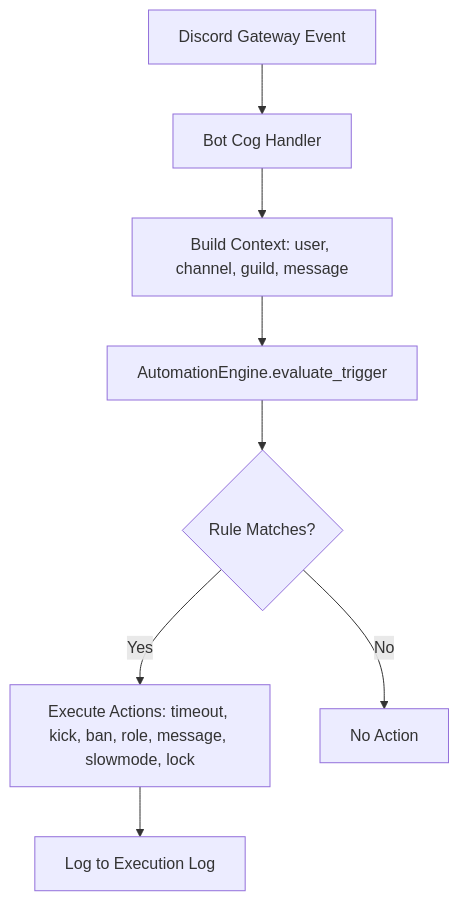
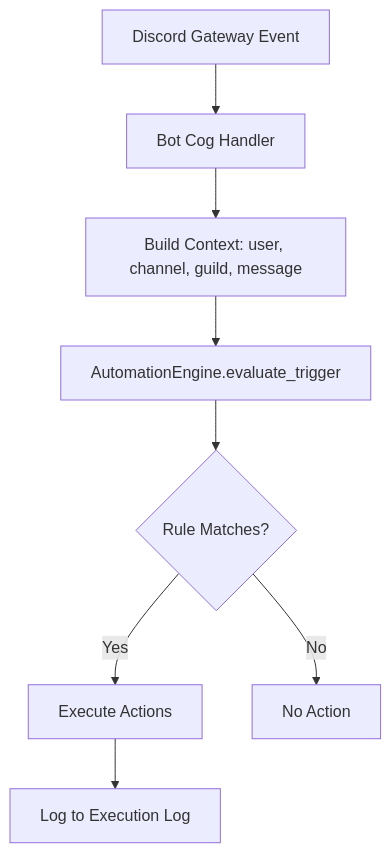
One commit to Cyril-47/Aegis-Suite changed the fourth of 6 diagrams in README.md. Above: the diagram before and after it, drawn with Mermaid. The commit also changed other lines of this file, not shown here.

````diff
--- a/README.md
+++ b/README.md
@@ -131,10 +154,10 @@
 ```mermaid
 flowchart TD
     DiscordEvent[Discord Gateway Event] --> BotCog[Bot Cog Handler]
     BotCog --> Context[Build Context: user, channel, guild, message]
     Context --> Engine[AutomationEngine.evaluate_trigger]
     Engine --> Rules{Rule Matches?}
-    Rules -- Yes --> Actions[Execute Actions: timeout, kick, ban, role, message, slowmode, lock]
+    Rules -- Yes --> Actions[Execute Actions]
     Actions --> Log[Log to Execution Log]
     Rules -- No --> Skip[No Action]
 ```
````
